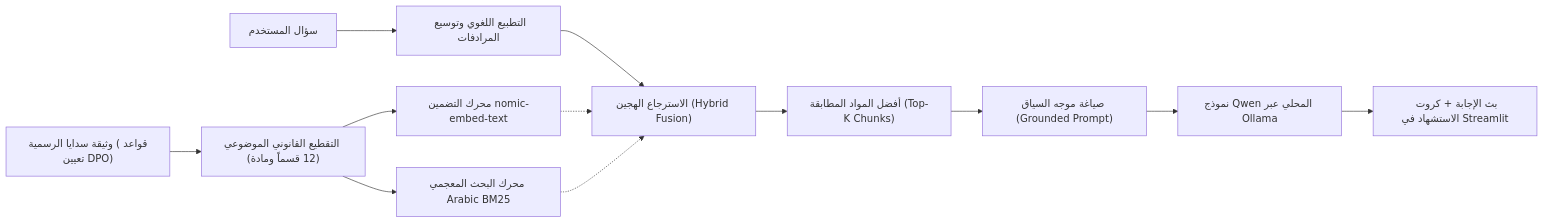
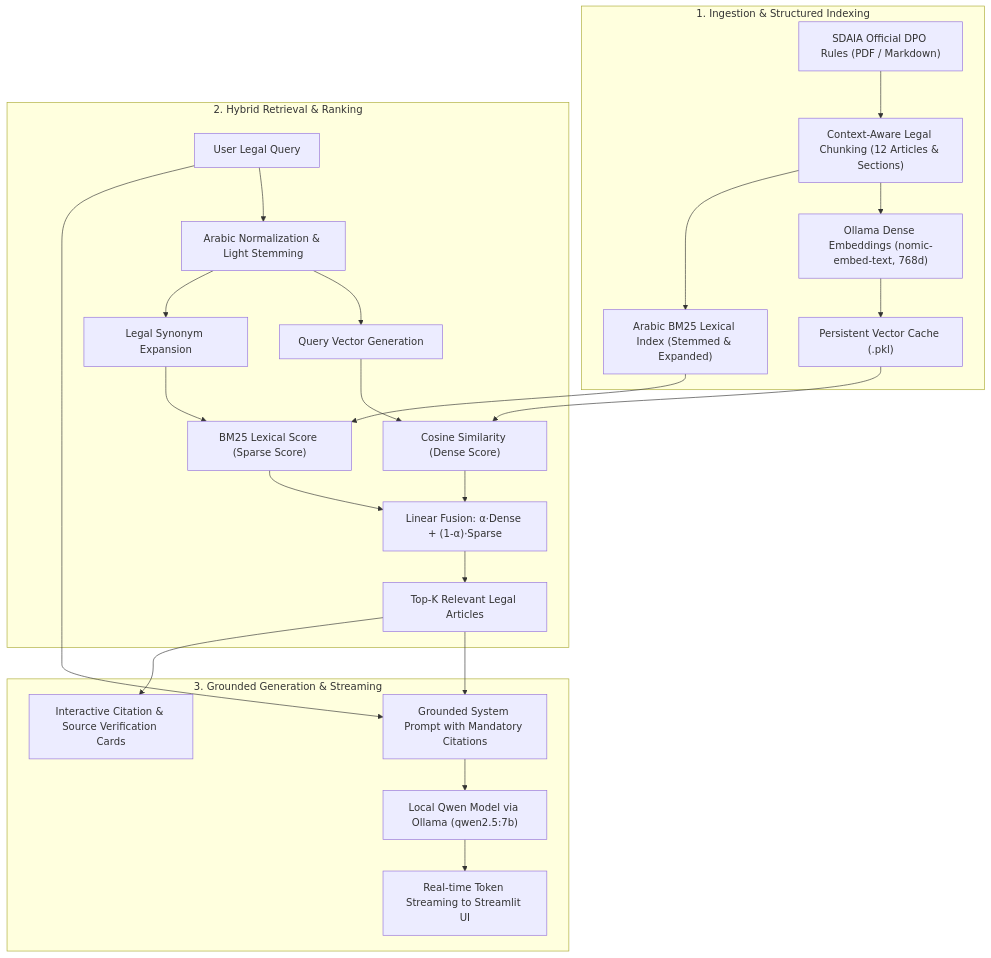
One commit to vabdull/SDAIA-DPO-Rules-RAG changed the diagram in README.md. Above: the diagram before and after it, drawn with Mermaid. The commit also changed other lines of this file and 1 other file, not shown here.

````diff
--- a/README.md
+++ b/README.md
@@ -58,16 +65,27 @@
 ```mermaid
-flowchart LR
-    A["وثيقة سدايا الرسمية (قواعد تعيين DPO)"] --> B["التقطيع القانوني الموضوعي (12 قسماً ومادة)"]
-    B --> C["محرك التضمين nomic-embed-text"]
-    B --> D["محرك البحث المعجمي Arabic BM25"]
-    
-    Q["سؤال المستخدم"] --> E["التطبيع اللغوي وتوسيع المرادفات"]
-    E --> F["الاسترجاع الهجين (Hybrid Fusion)"]
-    C -.-> F
-    D -.-> F
-    
-    F --> G["أفضل المواد المطابقة (Top-K Chunks)"]
-    G --> H["صياغة موجه السياق (Grounded Prompt)"]
-    H --> I["نموذج Qwen المحلي عبر Ollama"]
-    I --> J["بث الإجابة + كروت الاستشهاد في Streamlit"]
+flowchart TD
+    subgraph Data_Pipeline ["1. Ingestion & Structured Indexing"]
+        DOC["SDAIA Official DPO Rules (PDF / Markdown)"] --> CHUNK["Context-Aware Legal Chunking (12 Articles & Sections)"]
+        CHUNK --> EMB["Ollama Dense Embeddings (nomic-embed-text, 768d)"]
+        CHUNK --> BM["Arabic BM25 Lexical Index (Stemmed & Expanded)"]
+        EMB --> CACHE["Persistent Vector Cache (.pkl)"]
+    end
+
+    subgraph Query_Pipeline ["2. Hybrid Retrieval & Ranking"]
+        Q["User Legal Query"] --> NORM["Arabic Normalization & Light Stemming"]
+        NORM --> Q_EMB["Query Vector Generation"]
+        NORM --> Q_EXP["Legal Synonym Expansion"]
+        Q_EMB & CACHE --> COS["Cosine Similarity (Dense Score)"]
+        Q_EXP & BM --> BM_SCORE["BM25 Lexical Score (Sparse Score)"]
+        COS & BM_SCORE --> FUSION["Linear Fusion: α·Dense + (1-α)·Sparse"]
+        FUSION --> TOPK["Top-K Relevant Legal Articles"]
+    end
+
+    subgraph Generation_Pipeline ["3. Grounded Generation & Streaming"]
+        TOPK --> PROMPT["Grounded System Prompt with Mandatory Citations"]
+        Q --> PROMPT
+        PROMPT --> LLM["Local Qwen Model via Ollama (qwen2.5:7b)"]
+        LLM --> STREAM["Real-time Token Streaming to Streamlit UI"]
+        TOPK --> CARDS["Interactive Citation & Source Verification Cards"]
+    end
 ```
````
